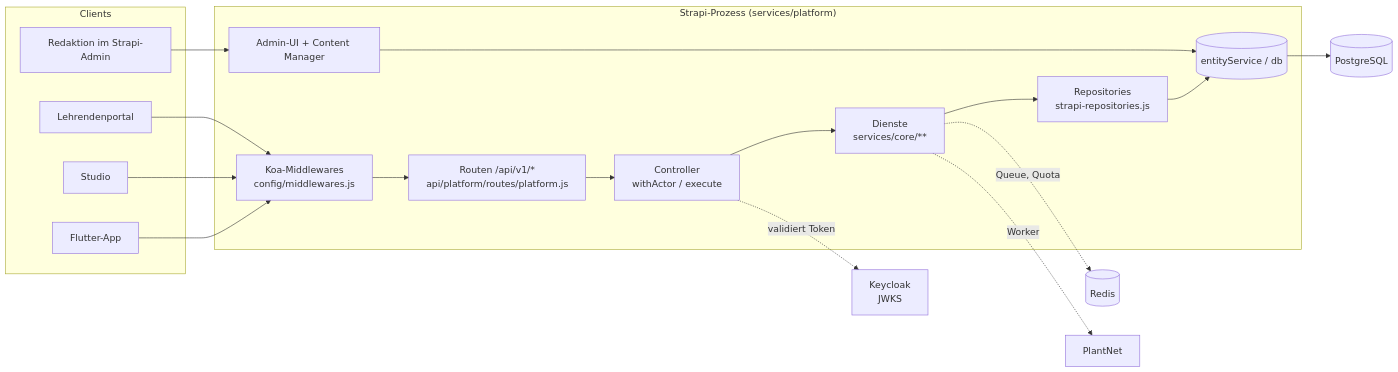
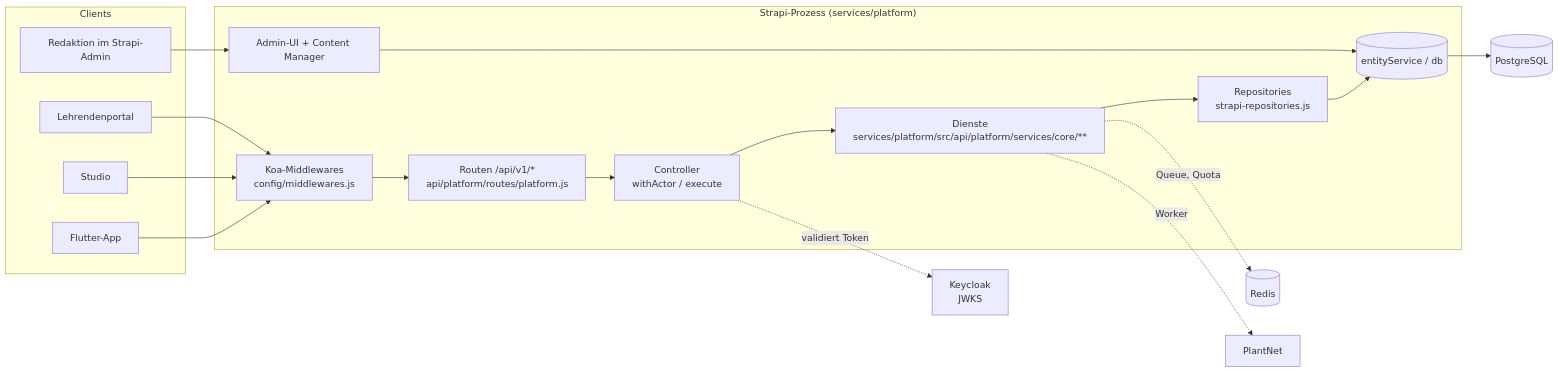
Before and after one commit to noahilli/plantini: the diagram in docs-site/docs/backend/index.md, drawn with Mermaid. The commit also changed other lines of this file and 12 other files, not shown here.

````diff
--- a/docs-site/docs/backend/index.md
+++ b/docs-site/docs/backend/index.md
@@ -49,27 +49,27 @@
 ```mermaid
 flowchart LR
   subgraph Clients
     APP[Flutter-App]
     STU[Studio]
     POR[Lehrendenportal]
     ADM[Redaktion im Strapi-Admin]
   end
   subgraph Strapi["Strapi-Prozess (services/platform)"]
     MW[Koa-Middlewares<br/>config/middlewares.js]
     RT["Routen /api/v1/*<br/>api/platform/routes/platform.js"]
     CT[Controller<br/>withActor / execute]
-    SV[Dienste<br/>services/core/**]
+    SV[Dienste<br/>services/platform/src/api/platform/services/core/**]
     RP[Repositories<br/>strapi-repositories.js]
     ES[(entityService / db)]
     ADMIN[Admin-UI + Content Manager]
   end
   KC[Keycloak<br/>JWKS]
   PG[(PostgreSQL)]
   RD[(Redis)]
   PN[PlantNet]
   APP & STU & POR --> MW --> RT --> CT --> SV --> RP --> ES --> PG
   CT -. validiert Token .-> KC
   SV -. Queue, Quota .-> RD
   SV -. Worker .-> PN
   ADM --> ADMIN --> ES
 ```
````
